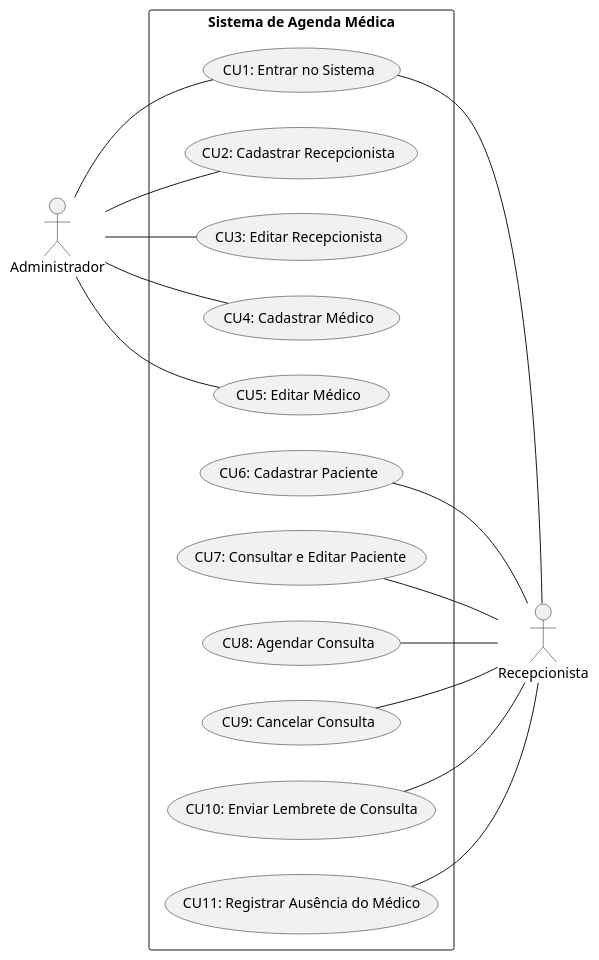
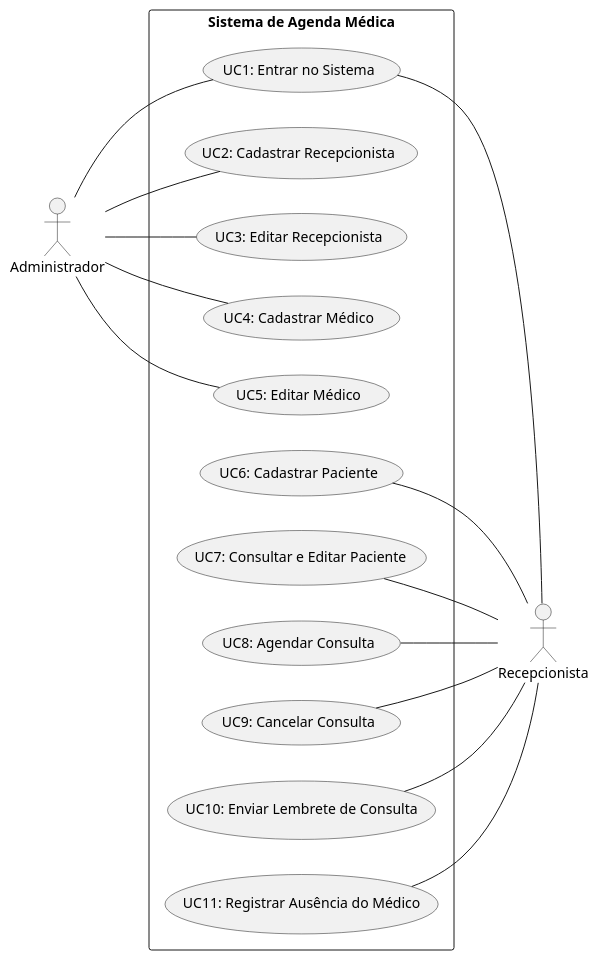
The diagram in documentacao/diagramas/casos_de_uso/diagrama_casos_de_uso.puml (MauricioErmel/Agenda-Medica), drawn with PlantUML before and after one commit. The commit also changed 126 other files, not shown here.

```diff
--- a/documentacao/diagramas/casos_de_uso/diagrama_casos_de_uso.puml
+++ b/documentacao/diagramas/casos_de_uso/diagrama_casos_de_uso.puml
@@ -1,36 +1,36 @@
 @startuml
 left to right direction
 skinparam packageStyle rectangle
 
 actor "Administrador" as Admin
 actor "Recepcionista" as Recep
 
 rectangle "Sistema de Agenda Médica" {
-  usecase "CU1: Entrar no Sistema" as CU1
-  usecase "CU2: Cadastrar Recepcionista" as CU2
-  usecase "CU3: Editar Recepcionista" as CU3
-  usecase "CU4: Cadastrar Médico" as CU4
-  usecase "CU5: Editar Médico" as CU5
-  usecase "CU6: Cadastrar Paciente" as CU6
-  usecase "CU7: Consultar e Editar Paciente" as CU7
-  usecase "CU8: Agendar Consulta" as CU8
-  usecase "CU9: Cancelar Consulta" as CU9
-  usecase "CU10: Enviar Lembrete de Consulta" as CU10
-  usecase "CU11: Registrar Ausência do Médico" as CU11
+  usecase "UC1: Entrar no Sistema" as UC1
+  usecase "UC2: Cadastrar Recepcionista" as UC2
+  usecase "UC3: Editar Recepcionista" as UC3
+  usecase "UC4: Cadastrar Médico" as UC4
+  usecase "UC5: Editar Médico" as UC5
+  usecase "UC6: Cadastrar Paciente" as UC6
+  usecase "UC7: Consultar e Editar Paciente" as UC7
+  usecase "UC8: Agendar Consulta" as UC8
+  usecase "UC9: Cancelar Consulta" as UC9
+  usecase "UC10: Enviar Lembrete de Consulta" as UC10
+  usecase "UC11: Registrar Ausência do Médico" as UC11
 }
 
-Admin -- CU1
-Admin -- CU2
-Admin -- CU3
-Admin -- CU4
-Admin -- CU5
+Admin -- UC1
+Admin -- UC2
+Admin -- UC3
+Admin -- UC4
+Admin -- UC5
 
-CU1 -- Recep
-CU6 -- Recep
-CU7 -- Recep
-CU8 -- Recep
-CU9 -- Recep
-CU10 -- Recep
-CU11 -- Recep
+UC1 -- Recep
+UC6 -- Recep
+UC7 -- Recep
+UC8 -- Recep
+UC9 -- Recep
+UC10 -- Recep
+UC11 -- Recep
 
 @enduml
```
